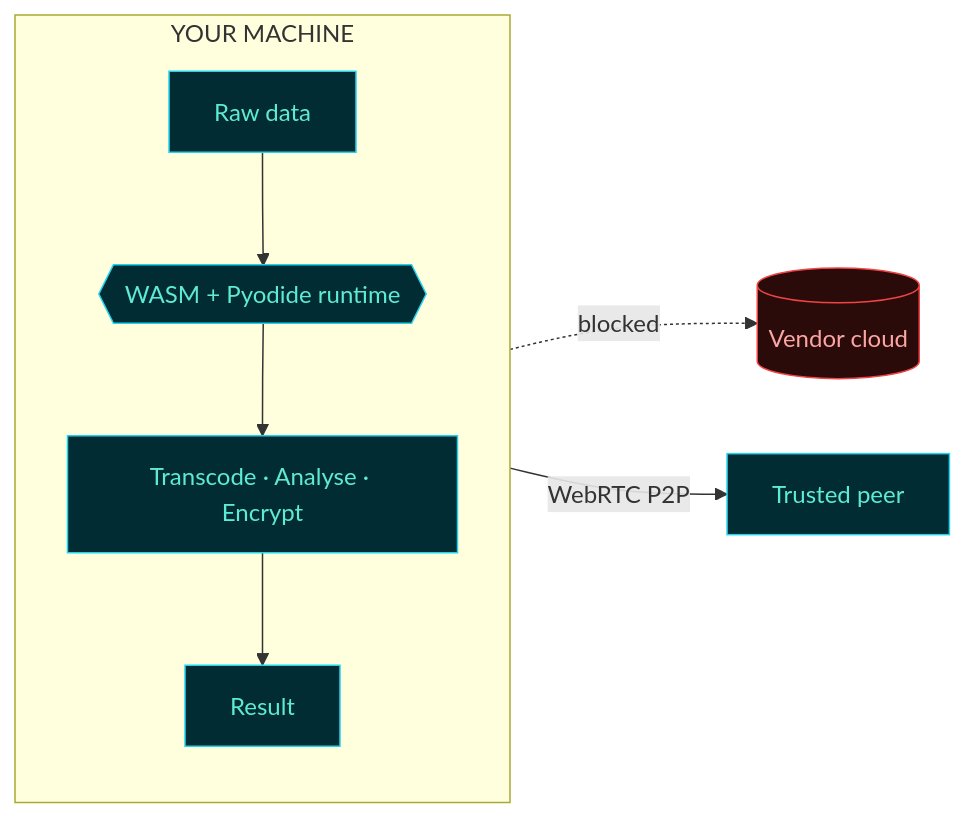
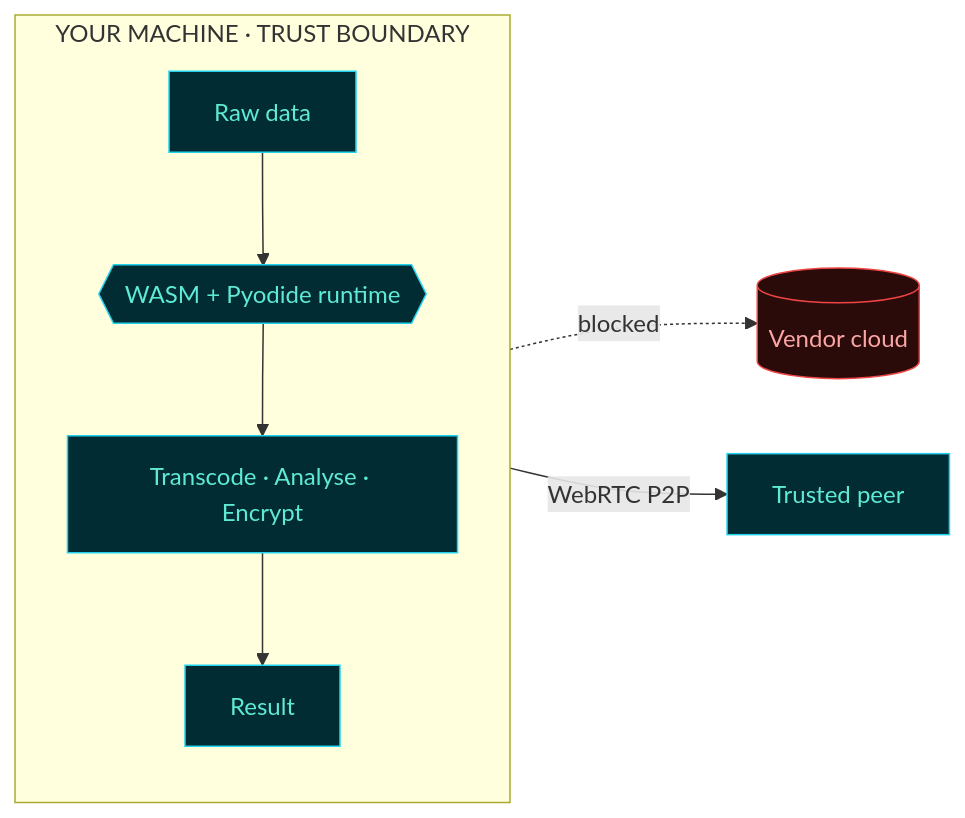
One commit to JesunAhmadUshno/JesunAhmadUshno changed the second of 2 diagrams in README.md. Above: the diagram before and after it, drawn with Mermaid. The commit also changed other lines of this file, not shown here.

````diff
--- a/README.md
+++ b/README.md
@@ -40,16 +108,16 @@
 ```mermaid
 flowchart LR
-  subgraph M["YOUR MACHINE"]
+  subgraph M["YOUR MACHINE · TRUST BOUNDARY"]
     direction TB
     A["Raw data"] --> B{{"WASM + Pyodide runtime"}}
     B --> C["Transcode · Analyse · Encrypt"]
     C --> D["Result"]
   end
-  B -. blocked .-> S[("Vendor cloud")]
+  B -. "blocked" .-> S[("Vendor cloud")]
   D -- "WebRTC P2P" --> P["Trusted peer"]
 
   classDef safe fill:#022c34,stroke:#22d3ee,color:#5eead4,stroke-width:1px
   classDef danger fill:#2b0a0a,stroke:#ef4444,color:#fca5a5,stroke-width:1px
   class A,B,C,D,P safe
   class S danger
 ```
````
